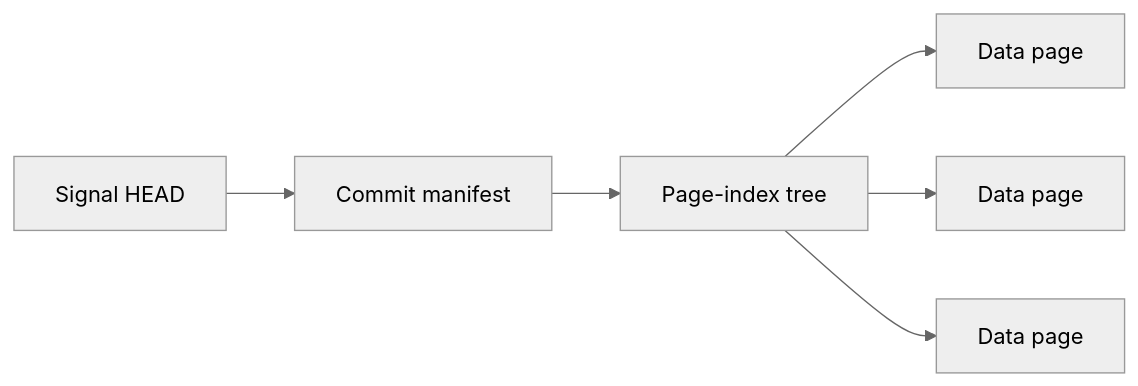
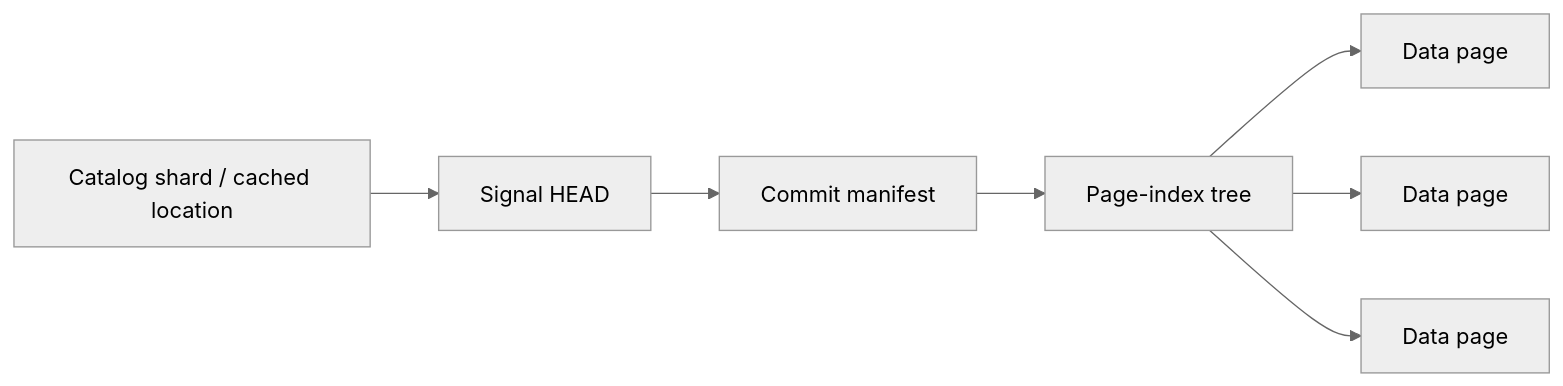
Before and after one commit to rdemaria/pagestore: the diagram in doc/store_layout.md, drawn with Mermaid (neutral theme). The commit also changed other lines of this file and 42 other files, not shown here.

````diff
--- a/doc/store_layout.md
+++ b/doc/store_layout.md
@@ -76,8 +198,9 @@
 ```mermaid
 flowchart LR
-    H["Signal HEAD"] --> M["Commit manifest"]
+    C["Catalog shard / cached location"] --> H["Signal HEAD"]
+    H --> M["Commit manifest"]
     M --> I["Page-index tree"]
     I --> P1["Data page"]
     I --> P2["Data page"]
     I --> P3["Data page"]
 ```
````
